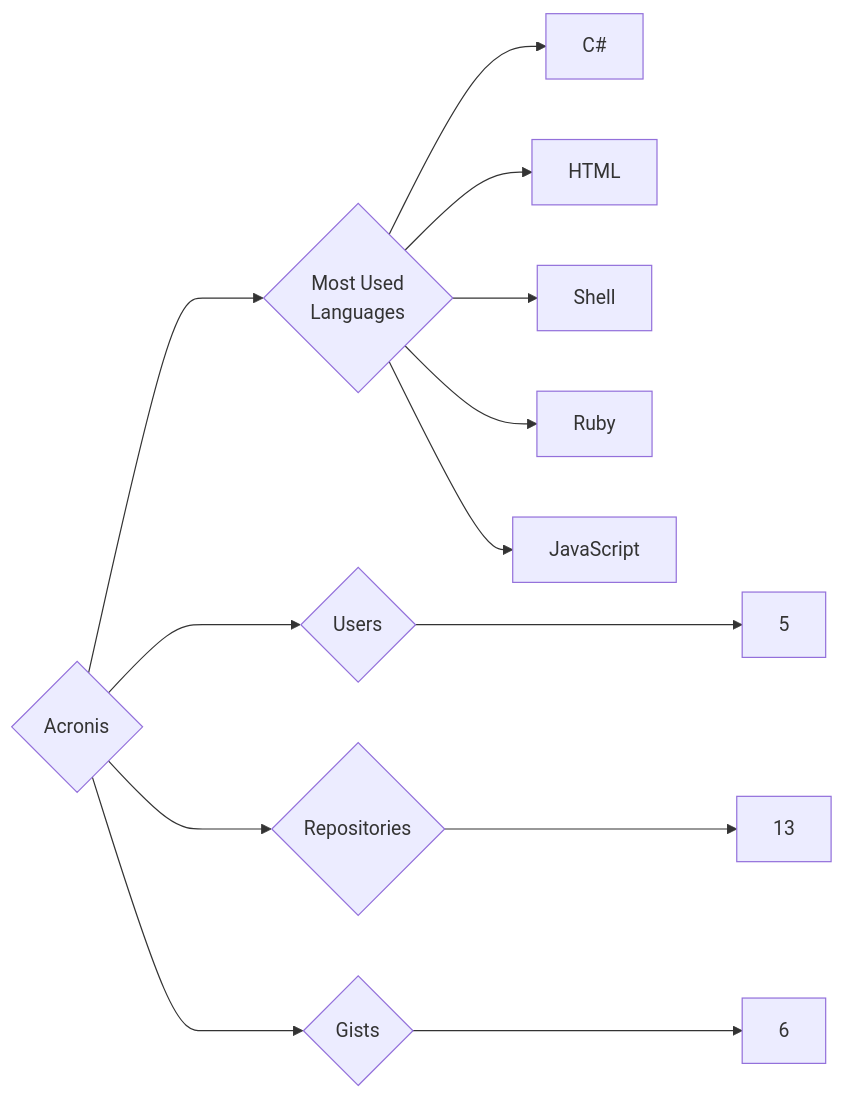
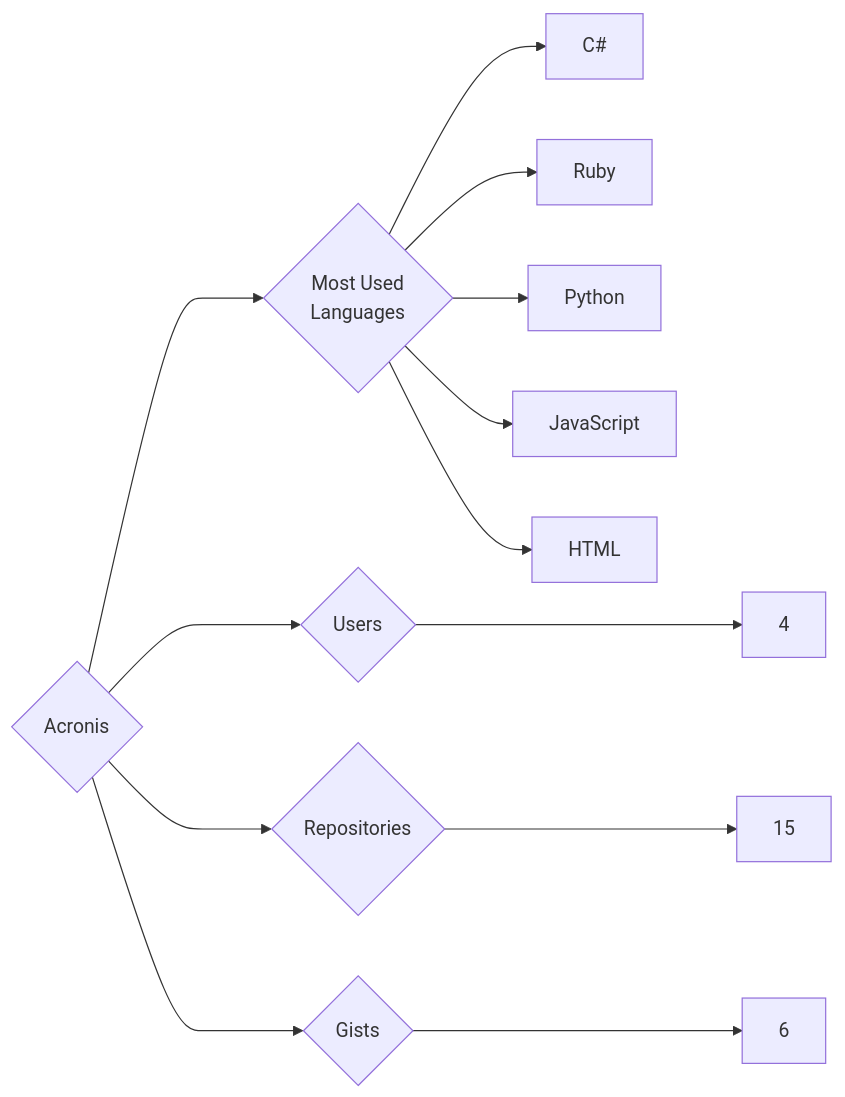
Before and after one commit to trickest/insiders: the diagram in targets/Acronis/README.md, drawn with Mermaid. The commit also changed 1030 other files, not shown here.

````diff
--- a/targets/Acronis/README.md
+++ b/targets/Acronis/README.md
@@ -3,13 +3,13 @@
 ```mermaid
 graph LR
 COMPANY_NAME{Acronis}
-COMPANY_NAME ---> U{Users} ---> UN[5]
-COMPANY_NAME ---> R{Repositories} ---> RN[13]
+COMPANY_NAME ---> U{Users} ---> UN[4]
+COMPANY_NAME ---> R{Repositories} ---> RN[15]
 COMPANY_NAME ---> G{Gists} ---> GN[6]
 COMPANY_NAME ---> ML{Most Used<br>Languages}
 ML --> C#[C#]
+ML --> Ruby[Ruby]
+ML --> Python[Python]
+ML --> JavaScript[JavaScript]
 ML --> HTML[HTML]
-ML --> Shell[Shell]
-ML --> Ruby[Ruby]
-ML --> JavaScript[JavaScript]
 ```
````
